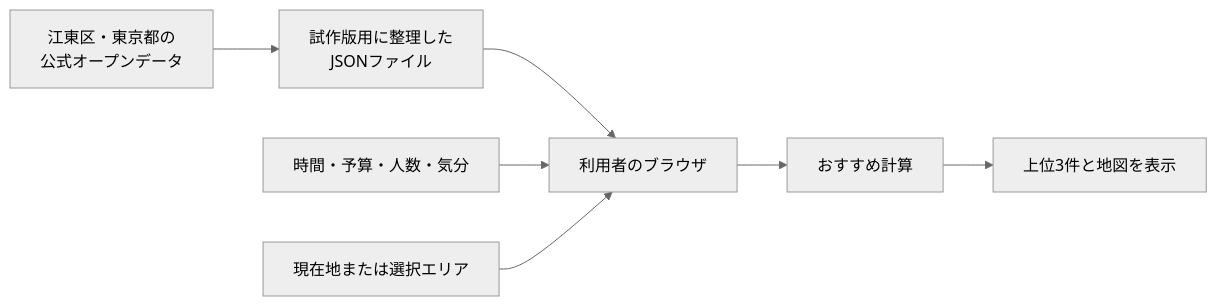
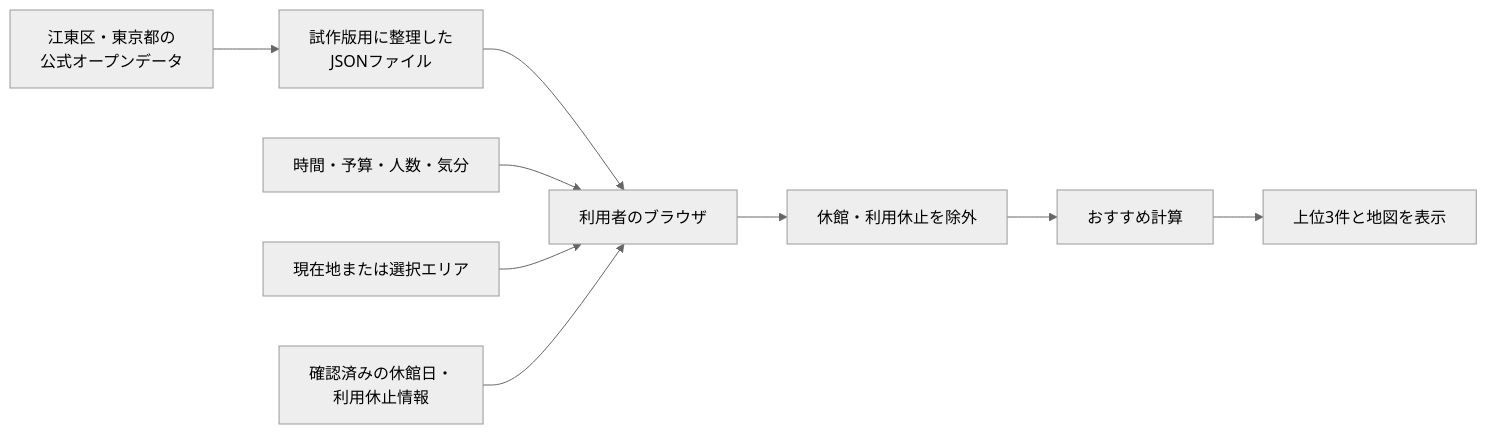
One commit to WatanabeKanami/Sports-Map changed the diagram in README.md. Above: the diagram before and after it, drawn with Mermaid (neutral theme). The commit also changed other lines of this file, not shown here.

````diff
--- a/README.md
+++ b/README.md
@@ -243,9 +265,11 @@
 ```mermaid
 flowchart LR
     A["江東区・東京都の<br>公式オープンデータ"] --> B["試作版用に整理した<br>JSONファイル"]
     B --> C["利用者のブラウザ"]
     D["時間・予算・人数・気分"] --> C
     E["現在地または選択エリア"] --> C
-    C --> F["おすすめ計算"]
-    F --> G["上位3件と地図を表示"]
+    H["確認済みの休館日・<br>利用休止情報"] --> C
+    C --> F["休館・利用休止を除外"]
+    F --> G["おすすめ計算"]
+    G --> I["上位3件と地図を表示"]
 ```
````
